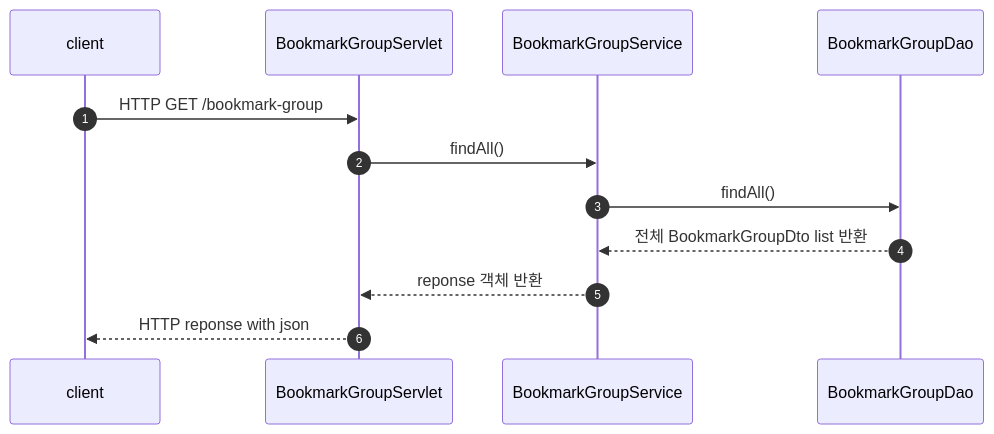
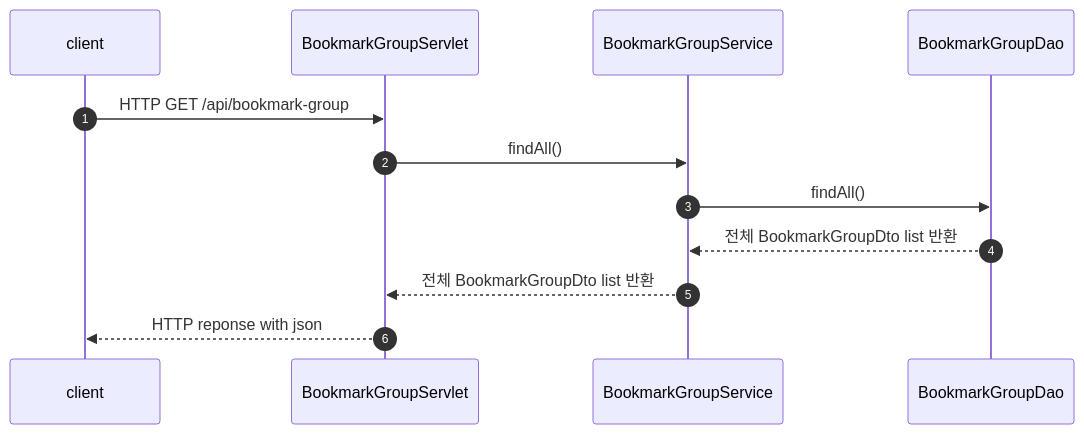
One commit to kimJH47/wifiServer changed the eighth of 13 diagrams in readme.md. Above: the diagram before and after it, drawn with Mermaid. The commit also changed other lines of this file, not shown here.

Commit message:
fix: flow chart, api 명세 수정

````diff
--- a/readme.md
+++ b/readme.md
@@ -150,16 +152,16 @@
 ```mermaid
     sequenceDiagram
     autonumber
     participant client
     participant BookmarkGroupServlet
     participant BookmarkGroupService
     participant BookmarkGroupDao
 
-    client->> BookmarkGroupServlet: HTTP GET /bookmark-group 
+    client->> BookmarkGroupServlet: HTTP GET /api/bookmark-group 
     BookmarkGroupServlet->> BookmarkGroupService: findAll()
     BookmarkGroupService->> BookmarkGroupDao: findAll()
     BookmarkGroupDao-->>BookmarkGroupService: 전체 BookmarkGroupDto list 반환
-    BookmarkGroupService-->>BookmarkGroupServlet: reponse 객체 반환
+    BookmarkGroupService-->>BookmarkGroupServlet: 전체 BookmarkGroupDto list 반환
     BookmarkGroupServlet-->> client : HTTP reponse with json
     
 ```
````
